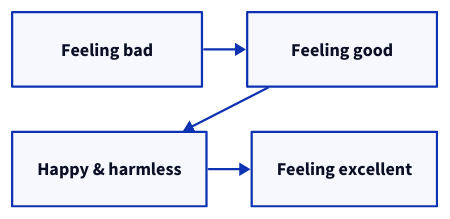
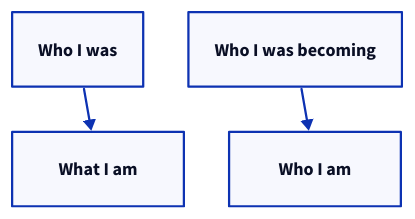
One commit to srid/emanote changed the diagram in tests/fixtures/notebook/diagram-d2-demo.md. Above: the diagram before and after it, drawn with D2. The commit also changed 2 other files, not shown here.

Commit message:
docs(diagrams): rebase demos on faithful Actual Freedom concepts
Both demos previously labeled their nodes with hallucinated concepts —
"feeling bad/neutral/good/happy & harmless/excellent" and HAIETMOBA
weren't sourced from any specific Richard dialogue. Re-anchor each
demo to a verbatim distinction from a named dialogue:

- d2 demo: the Before/After identity grid Richard describes in
  "Something has changed in me" — "Who I was"/"Who I was
  becoming" → "What I am"/"Who I am", with "coming to my
  senses" labelling the cross-pair edges.

- cetz demo: the temporal contrast from "This moment has no
  duration" — past periodicity rendered as discrete tick marks
  on a horizontal axis, versus the cutting edge rendered as an
  infinitesimally thin vertical band (no duration). The cetz figure
  is also scaled ~2x so it doesn't read as tiny next to the d2 grid.

Test fixtures updated to mirror the same source-faithful concepts.
e2e-live 76/76 green.

````diff
--- a/tests/fixtures/notebook/diagram-d2-demo.md
+++ b/tests/fixtures/notebook/diagram-d2-demo.md
@@ -11,12 +11,11 @@
 ```d2
 grid-rows: 2
 
-bad: Feeling bad
-good: Feeling good
-happy: Happy & harmless
-excellent: Feeling excellent
+was: "Who I was"
+becoming: "Who I was becoming"
+what: "What I am"
+who: "Who I am"
 
-bad -> good
-good -> happy
-happy -> excellent
+was -> what
+becoming -> who
 ```
````
